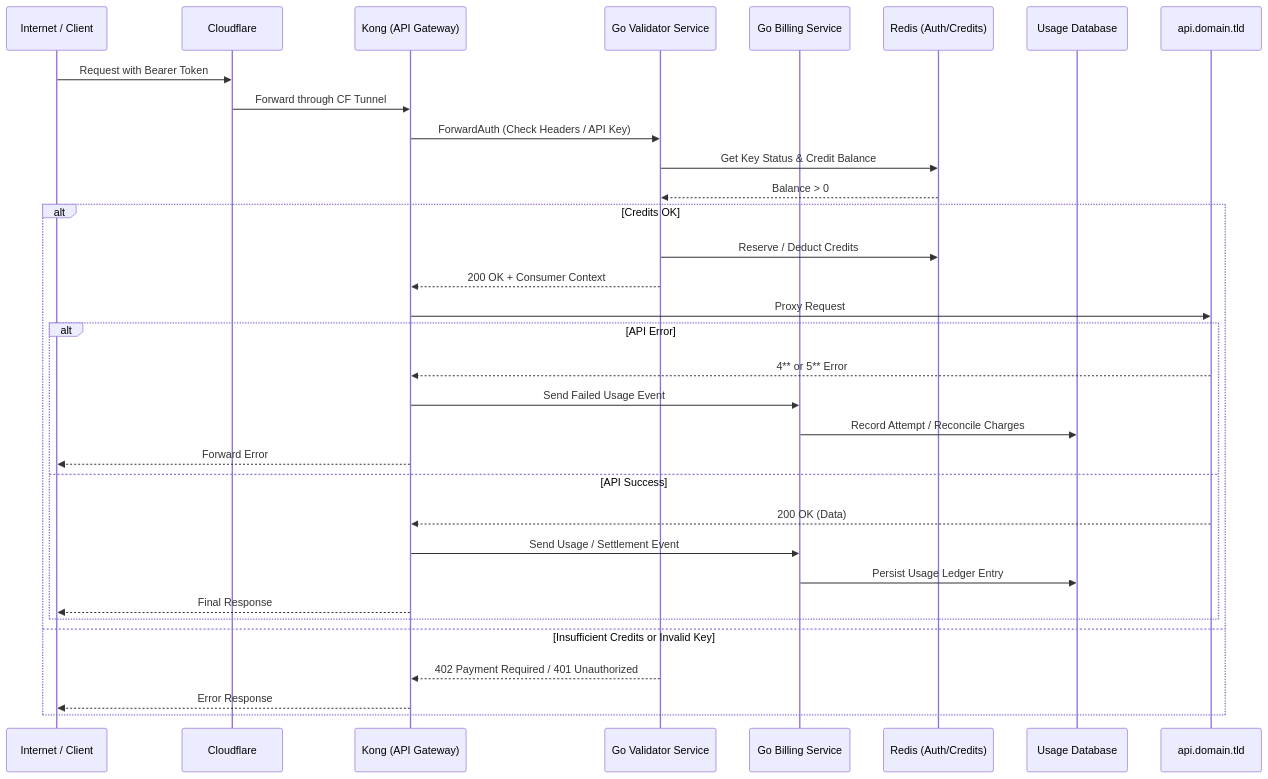
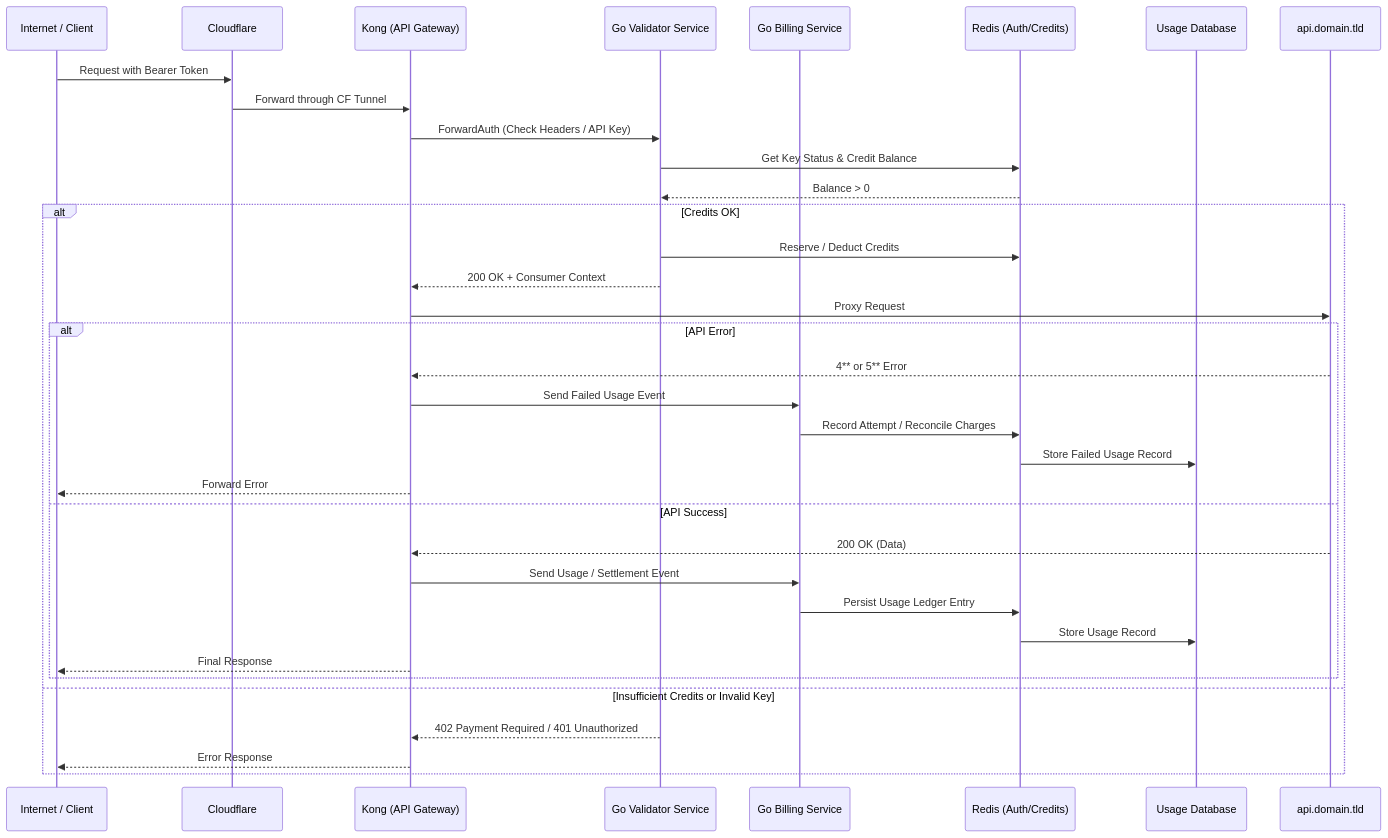
The diagram in README.md (m-spangenberg/demo-monetized-api), drawn with Mermaid before and after one commit. The commit also changed other lines of this file and 2 other files, not shown here.

````diff
--- a/README.md
+++ b/README.md
@@ -5,45 +5,47 @@
 ```mermaid
 sequenceDiagram
     participant User as Internet / Client
     participant CF as Cloudflare
     participant Kong as Kong (API Gateway)
     participant Validator as Go Validator Service
     participant Billing as Go Billing Service
     participant Redis as Redis (Auth/Credits)
     participant DB as Usage Database
     participant API as api.domain.tld
 
     User->>CF: Request with Bearer Token
     CF->>Kong: Forward through CF Tunnel
 
     Kong->>Validator: ForwardAuth (Check Headers / API Key)
 
     Validator->>Redis: Get Key Status & Credit Balance
     Redis-->>Validator: Balance > 0
 
     alt Credits OK
 
         Validator->>Redis: Reserve / Deduct Credits
         Validator-->>Kong: 200 OK + Consumer Context
 
         Kong->>API: Proxy Request
 
         alt API Error
             API-->>Kong: 4** or 5** Error
             Kong->>Billing: Send Failed Usage Event
-            Billing->>DB: Record Attempt / Reconcile Charges
+            Billing->>Redis: Record Attempt / Reconcile Charges
+            Redis->>DB: Store Failed Usage Record
             Kong-->>User: Forward Error
         else API Success
             API-->>Kong: 200 OK (Data)
             Kong->>Billing: Send Usage / Settlement Event
-            Billing->>DB: Persist Usage Ledger Entry
+            Billing->>Redis: Persist Usage Ledger Entry
+            Redis->>DB: Store Usage Record
             Kong-->>User: Final Response
         end
 
     else Insufficient Credits or Invalid Key
 
         Validator-->>Kong: 402 Payment Required / 401 Unauthorized
         Kong-->>User: Error Response
 
     end
 ```
````
